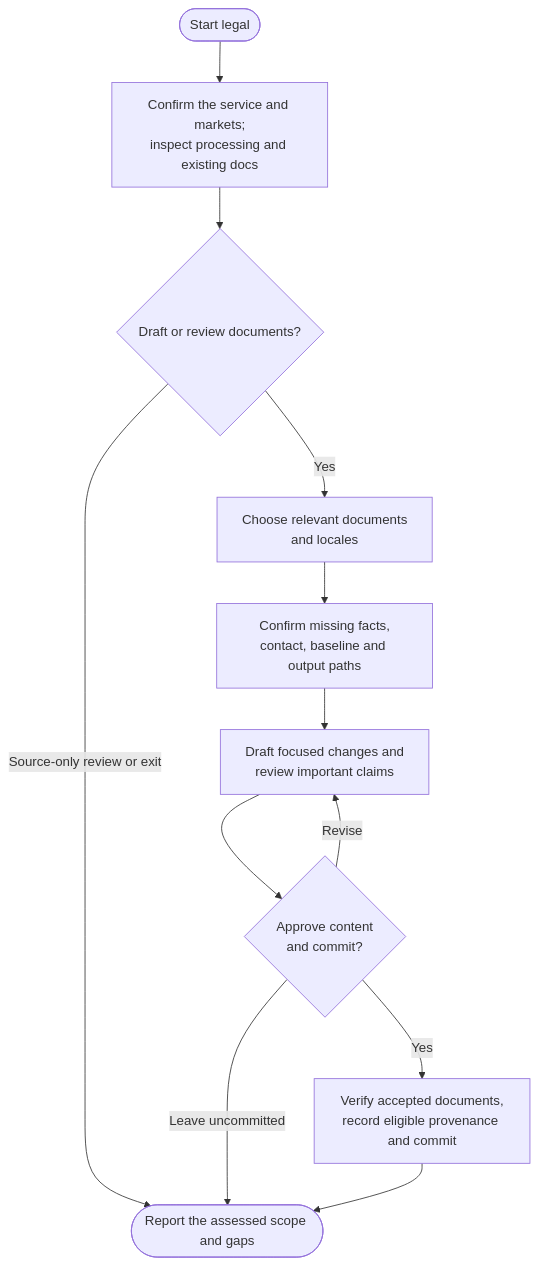
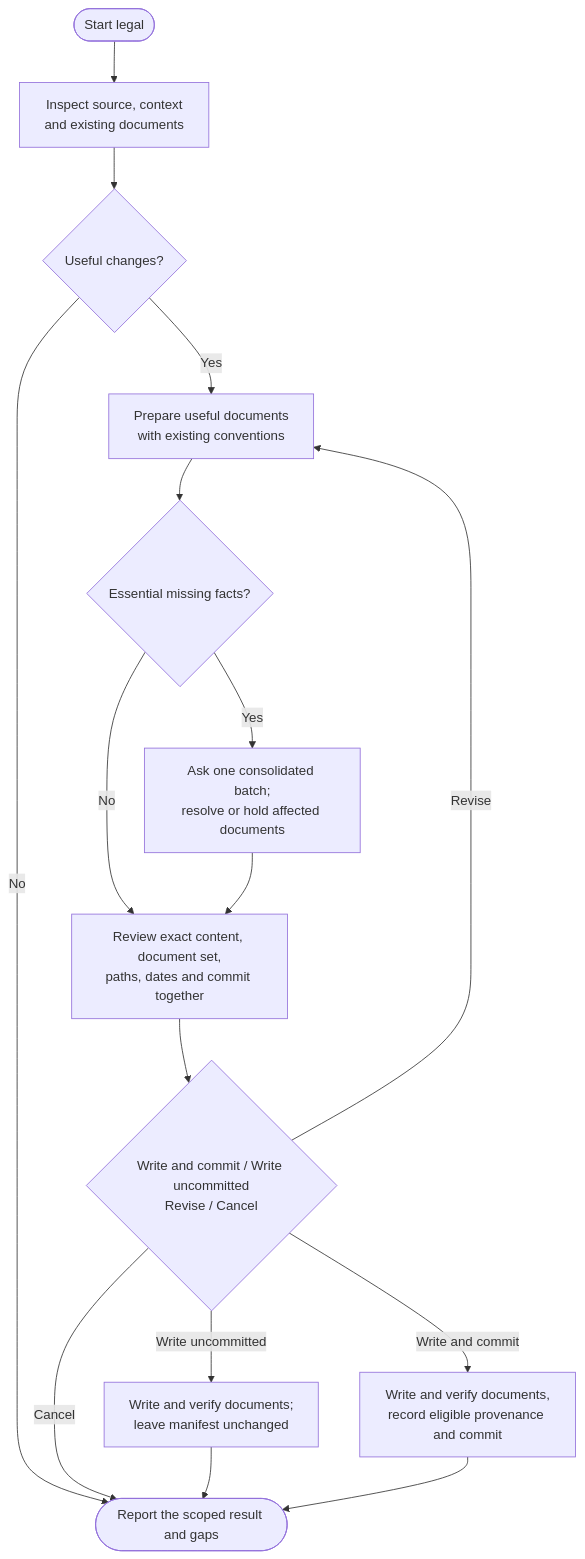
One commit to myowinthein/agent-helm changed the diagram in docs/commands/legal.md. Above: the diagram before and after it, drawn with Mermaid. The commit also changed other lines of this file and 5 other files, not shown here.

Commit message:
feat(legal): streamline source-based drafting and review

````diff
--- a/docs/commands/legal.md
+++ b/docs/commands/legal.md
@@ -23,14 +23,18 @@
 ```mermaid
 flowchart TD
-  Start(["Start legal"]) --> Profile["Confirm the service and markets;<br/>inspect processing and existing docs"]
-  Profile --> Scope{"Draft or review documents?"}
-  Scope -->|Source-only review or exit| End(["Report the assessed scope and gaps"])
-  Scope -->|Yes| Select["Choose relevant documents<br/>and locales"]
-  Select --> Facts["Confirm missing facts,<br/>contact, baseline and output paths"]
-  Facts --> Draft["Draft focused changes and<br/>review important claims"]
-  Draft --> Approval{"Approve content<br/>and commit?"}
+  Start(["Start legal"]) --> Inspect["Inspect source, context<br/>and existing documents"]
+  Inspect --> Needed{"Useful changes?"}
+  Needed -->|No| End(["Report the scoped result and gaps"])
+  Needed -->|Yes| Draft["Prepare useful documents<br/>with existing conventions"]
+  Draft --> Facts{"Essential missing facts?"}
+  Facts -->|Yes| Ask["Ask one consolidated batch;<br/>resolve or hold affected documents"]
+  Facts -->|No| Review["Review exact content, document set,<br/>paths, dates and commit together"]
+  Ask --> Review
+  Review --> Approval{"Write and commit / Write uncommitted<br/>Revise / Cancel"}
   Approval -->|Revise| Draft
-  Approval -->|Leave uncommitted| End
-  Approval -->|Yes| Save["Verify accepted documents,<br/>record eligible provenance and commit"]
+  Approval -->|Cancel| End
+  Approval -->|Write uncommitted| Files["Write and verify documents;<br/>leave manifest unchanged"]
+  Files --> End
+  Approval -->|Write and commit| Save["Write and verify documents,<br/>record eligible provenance and commit"]
   Save --> End
 ```
````
